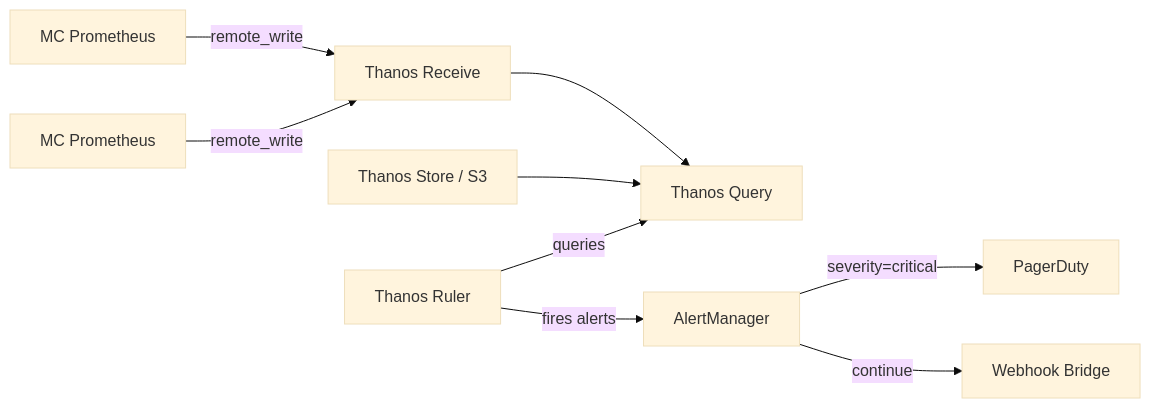
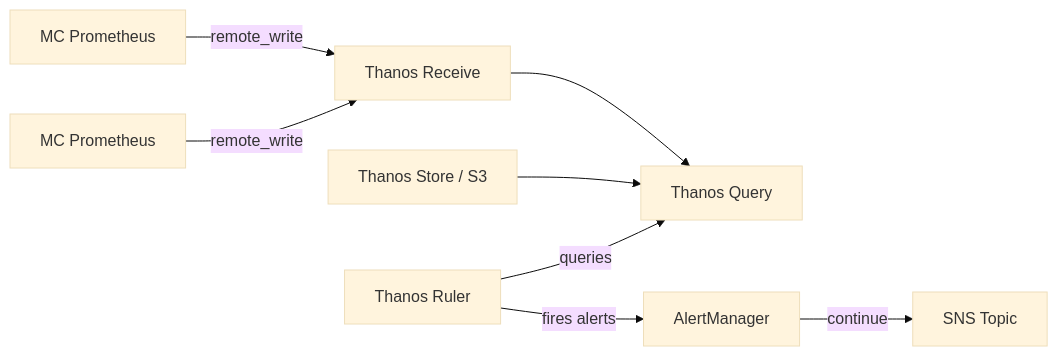
One commit to rosa-regional-platform-ci/rosa-regional-platform changed the third of 3 diagrams in docs/design/alerting-architecture.md. Above: the diagram before and after it, drawn with Mermaid (base theme). The commit also changed other lines of this file, not shown here.

````diff
--- a/docs/design/alerting-architecture.md
+++ b/docs/design/alerting-architecture.md
@@ -238,11 +224,10 @@
 ```mermaid
 flowchart LR
     MC1[MC Prometheus] -->|remote_write| TR[Thanos Receive]
     MC2[MC Prometheus] -->|remote_write| TR
     TR --> TQ[Thanos Query]
     TS[Thanos Store / S3] --> TQ
     TRuler[Thanos Ruler] -->|queries| TQ
     TRuler -->|fires alerts| AM[AlertManager]
-    AM -->|severity=critical| PD[PagerDuty]
-    AM -->|continue| B[Webhook Bridge]
+    AM -->|continue| SNS[SNS Topic]
 ```
````
